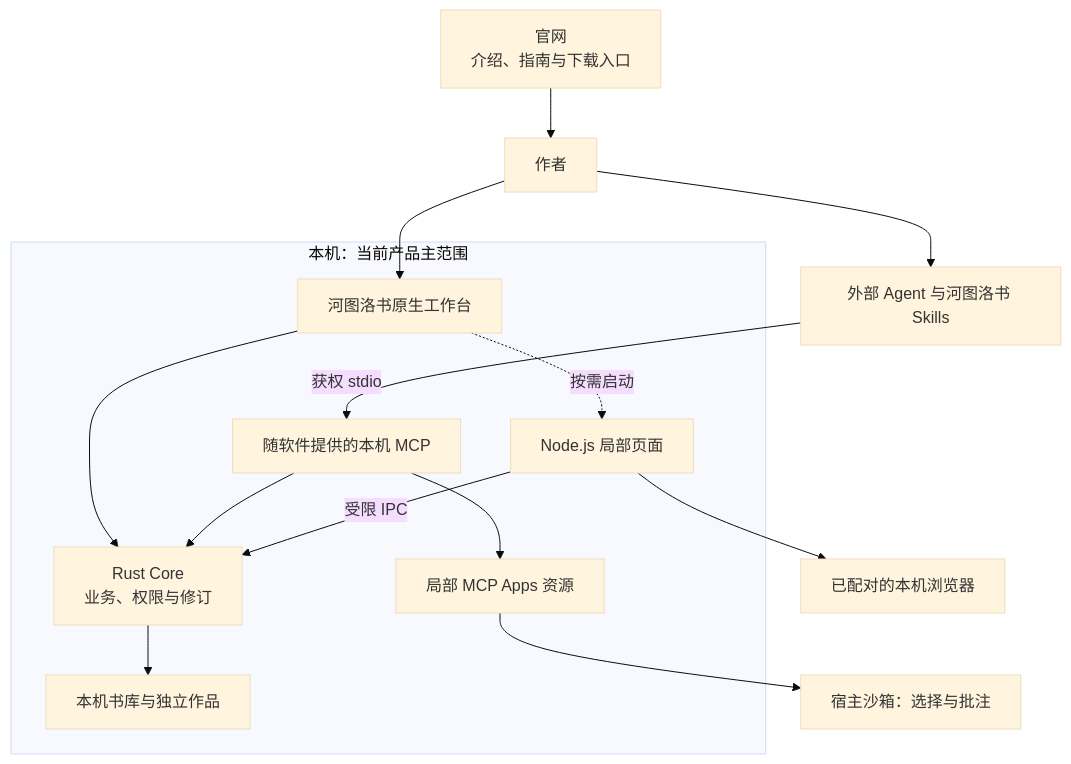
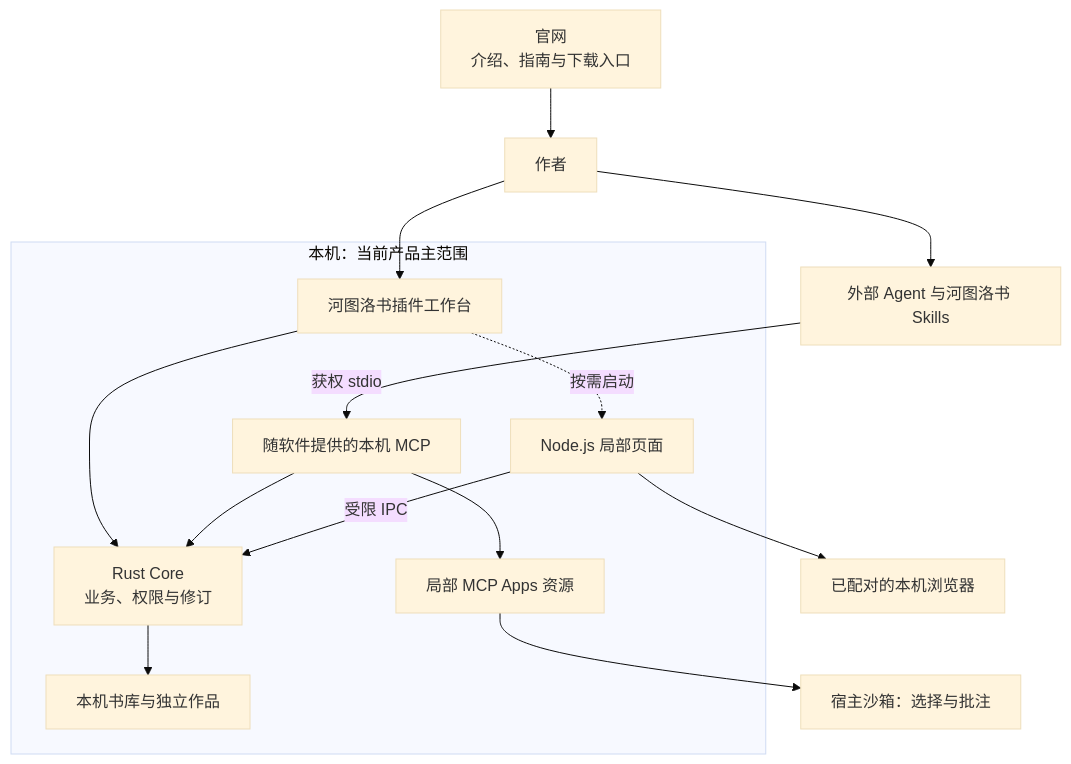
One commit to limecloud/hetu changed diagram 32 of 54 in docs/23-业务流程与MCP时序.md. Above: the diagram before and after it, drawn with Mermaid (base theme). The commit also changed other lines of this file and 729 other files, not shown here.

````diff
--- a/docs/23-业务流程与MCP时序.md
+++ b/docs/23-业务流程与MCP时序.md
@@ -884,17 +891,17 @@
 ```mermaid
 flowchart TB
-    author["作者"] --> desktop["河图洛书原生工作台"]
+    author["作者"] --> desktop["河图洛书插件工作台"]
     author --> agent["外部 Agent 与河图洛书 Skills"]
     agent -->|"获权 stdio"| localMcp["随软件提供的本机 MCP"]
     subgraph local["本机：当前产品主范围"]
         desktop --> core["Rust Core<br/>业务、权限与修订"]
         localMcp --> core
         core --> files["本机书库与独立作品"]
         localMcp --> app["局部 MCP Apps 资源"]
         desktop -.->|"按需启动"| node["Node.js 局部页面"]
         node -->|"受限 IPC"| core
     end
     app --> host["宿主沙箱：选择与批注"]
     node --> browser["已配对的本机浏览器"]
     website["官网<br/>介绍、指南与下载入口"] --> author
 ```
````
